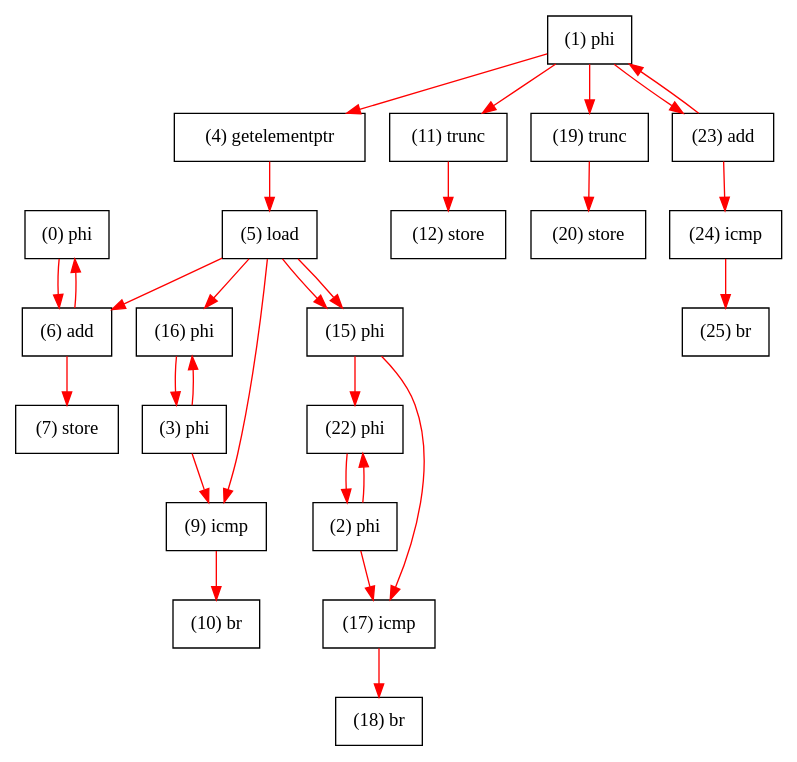
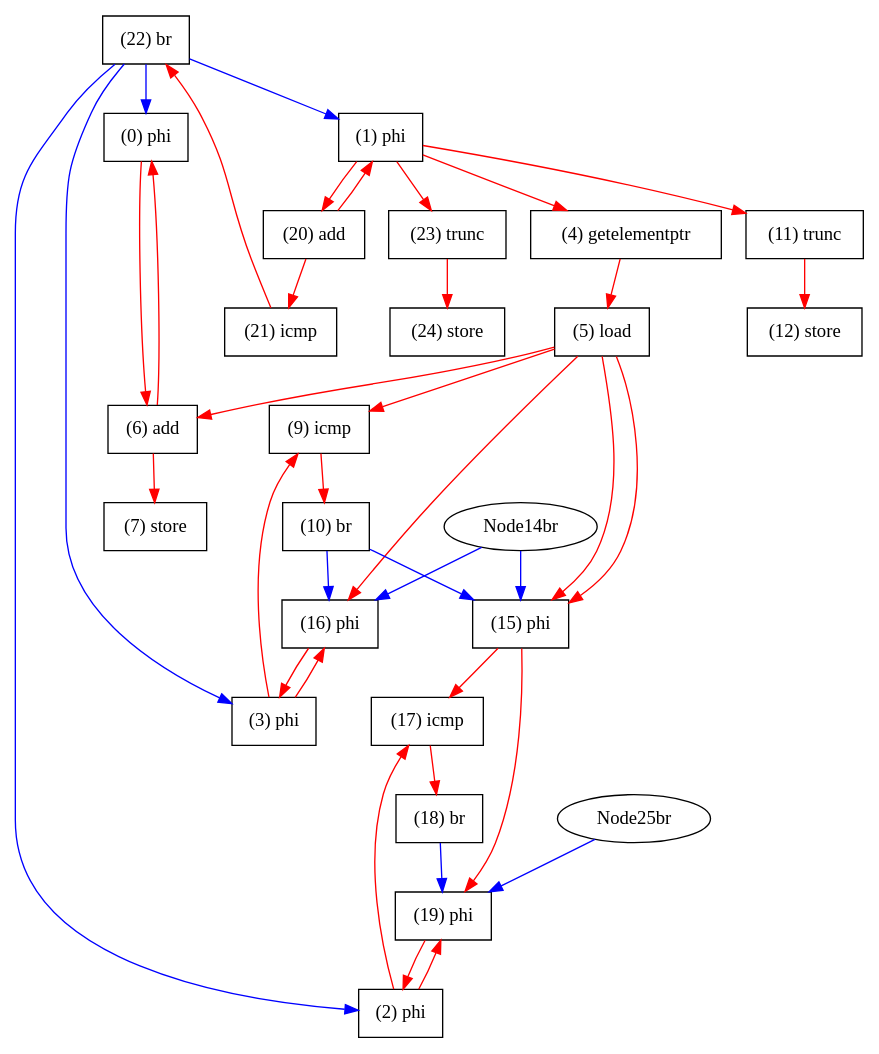
Before and after one commit to tancheng/g-fpin: the diagram in benchmark/miniFE/reduce0/kernel_org.dot, drawn with Graphviz. The commit also changed 34 other files, not shown here.

```diff
--- a/benchmark/miniFE/reduce0/kernel_org.dot
+++ b/benchmark/miniFE/reduce0/kernel_org.dot
@@ -1,53 +1,64 @@
 digraph "DFG for'kernel' function" {
 	Node0phi[shape=record, label="(0) phi"];
 	Node1phi[shape=record, label="(1) phi"];
 	Node2phi[shape=record, label="(2) phi"];
 	Node3phi[shape=record, label="(3) phi"];
 	Node4getelementptr[shape=record, label="(4) getelementptr"];
 	Node5load[shape=record, label="(5) load"];
 	Node6add[shape=record, label="(6) add"];
 	Node7store[shape=record, label="(7) store"];
 	Node9icmp[shape=record, label="(9) icmp"];
 	Node10br[shape=record, label="(10) br"];
 	Node11trunc[shape=record, label="(11) trunc"];
 	Node12store[shape=record, label="(12) store"];
 	Node15phi[shape=record, label="(15) phi"];
 	Node16phi[shape=record, label="(16) phi"];
 	Node17icmp[shape=record, label="(17) icmp"];
 	Node18br[shape=record, label="(18) br"];
-	Node19trunc[shape=record, label="(19) trunc"];
-	Node20store[shape=record, label="(20) store"];
-	Node22phi[shape=record, label="(22) phi"];
-	Node23add[shape=record, label="(23) add"];
-	Node24icmp[shape=record, label="(24) icmp"];
-	Node25br[shape=record, label="(25) br"];
+	Node19phi[shape=record, label="(19) phi"];
+	Node20add[shape=record, label="(20) add"];
+	Node21icmp[shape=record, label="(21) icmp"];
+	Node22br[shape=record, label="(22) br"];
+	Node23trunc[shape=record, label="(23) trunc"];
+	Node24store[shape=record, label="(24) store"];
+edge [color=blue]
+	Node10br -> Node15phi
+	Node10br -> Node16phi
+	Node14br -> Node15phi
+	Node14br -> Node16phi
+	Node18br -> Node19phi
+	Node25br -> Node19phi
+	Node22br -> Node0phi
+	Node22br -> Node1phi
+	Node22br -> Node2phi
+	Node22br -> Node3phi
 edge [color=red]
 	Node6add -> Node0phi
-	Node23add -> Node1phi
-	Node22phi -> Node2phi
+	Node20add -> Node1phi
+	Node19phi -> Node2phi
 	Node16phi -> Node3phi
 	Node1phi -> Node4getelementptr
 	Node4getelementptr -> Node5load
 	Node0phi -> Node6add
 	Node5load -> Node6add
 	Node6add -> Node7store
 	Node3phi -> Node9icmp
 	Node9icmp -> Node10br
 	Node1phi -> Node11trunc
 	Node11trunc -> Node12store
 	Node3phi -> Node16phi
 	Node15phi -> Node17icmp
 	Node2phi -> Node17icmp
 	Node17icmp -> Node18br
-	Node1phi -> Node19trunc
-	Node19trunc -> Node20store
-	Node15phi -> Node22phi
-	Node2phi -> Node22phi
-	Node1phi -> Node23add
-	Node23add -> Node24icmp
-	Node24icmp -> Node25br
+	Node15phi -> Node19phi
+	Node2phi -> Node19phi
+	Node1phi -> Node20add
+	Node20add -> Node21icmp
+	Node21icmp -> Node22br
+	Node1phi -> Node23trunc
+	Node23trunc -> Node24store
 	Node5load -> Node9icmp
 	Node5load -> Node15phi
 	Node5load -> Node16phi
 	Node5load -> Node15phi
 }
```
